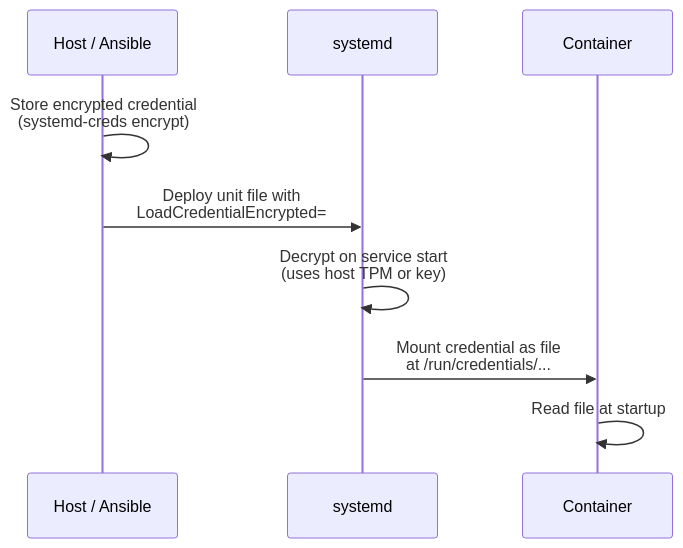
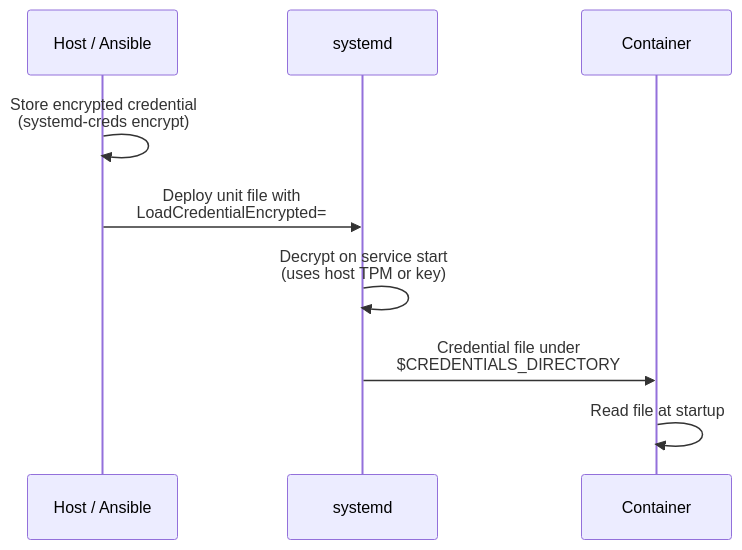
One commit to UncleJS/course_podman changed the second of 5 diagrams in modules/90-external-secrets-survey.md. Above: the diagram before and after it, drawn with Mermaid. The commit also changed other lines of this file and 58 other files, not shown here.

````diff
--- a/modules/90-external-secrets-survey.md
+++ b/modules/90-external-secrets-survey.md
@@ -123,12 +123,12 @@
 ```mermaid
 sequenceDiagram
     participant H as Host / Ansible
     participant S as systemd
     participant C as Container
 
     H->>H: Store encrypted credential<br/>(systemd-creds encrypt)
     H->>S: Deploy unit file with<br/>LoadCredentialEncrypted=
     S->>S: Decrypt on service start<br/>(uses host TPM or key)
-    S->>C: Mount credential as file<br/>at /run/credentials/...
+    S->>C: Credential file under<br/>$CREDENTIALS_DIRECTORY
     C->>C: Read file at startup
 ```
````
